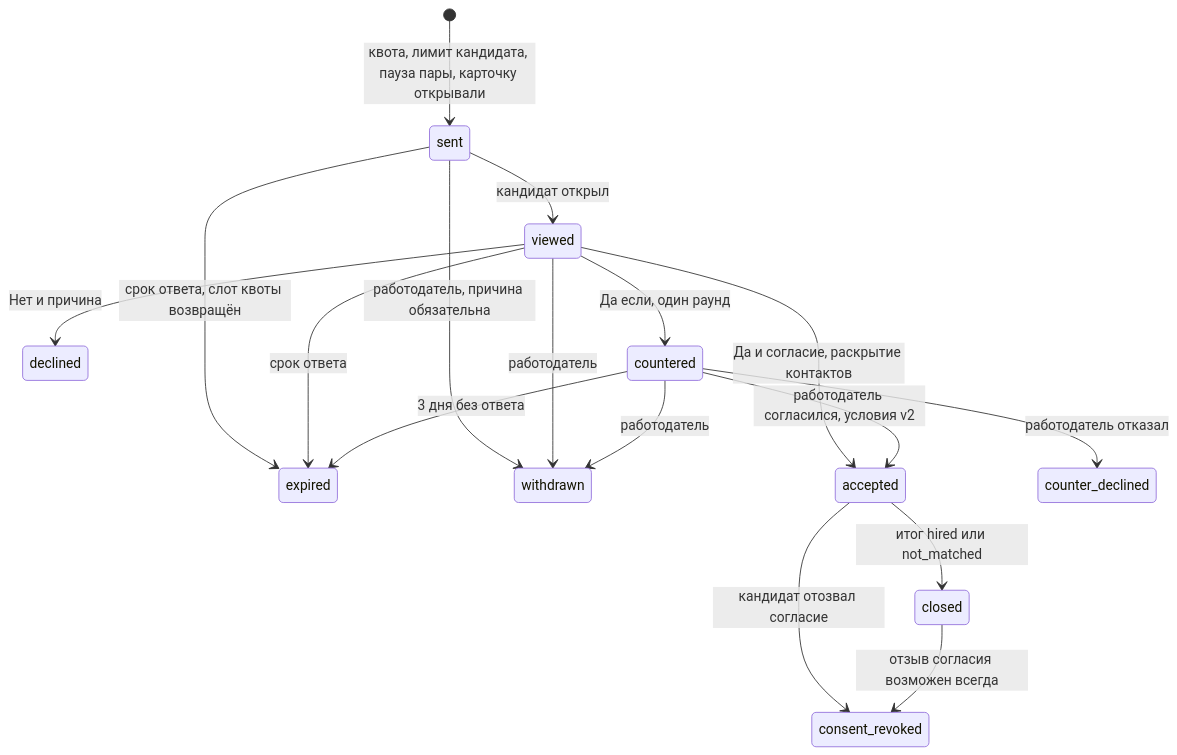
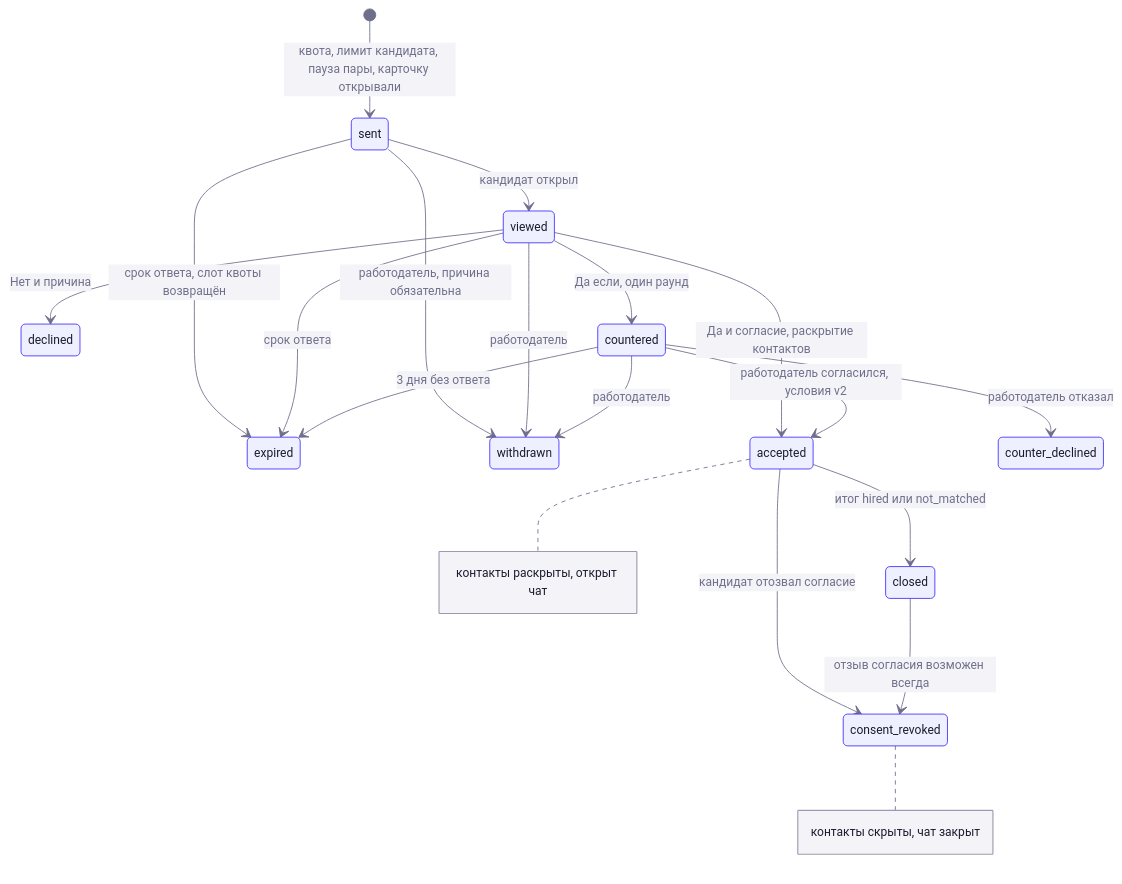
Before and after one commit to lpogosu/lct-msk: diagram 15 of 16 in docs/ARCHITECTURE.md, drawn with Mermaid. The commit also changed other lines of this file and 49 other files, not shown here.

First line of the commit message:
Документация для жюри: карта по обязательному перечню, README-витрина, 26 схем Mermaid в едином стиле, API по OpenAPI (219 эндпоинтов), библиотеки по lock-файлам, сборка PDF (make docs-pdf)

````diff
--- a/docs/ARCHITECTURE.md
+++ b/docs/ARCHITECTURE.md
@@ -671,19 +740,22 @@
 ```mermaid
+%%{init: {'theme':'base','themeVariables':{'primaryColor':'#EEF0FF','primaryBorderColor':'#402FFF','primaryTextColor':'#1B1B2F','lineColor':'#6F6F8C','secondaryColor':'#F4F4F8','tertiaryColor':'#FFFFFF','textColor':'#6F6F8C','edgeLabelBackground':'#F4F4F8','clusterBkg':'#F8F8FC','clusterBorder':'#B8B8D0','noteBkgColor':'#F4F4F8','noteTextColor':'#1B1B2F','noteBorderColor':'#9A9AB0','actorBkg':'#EEF0FF','actorBorder':'#402FFF','actorTextColor':'#1B1B2F','actorLineColor':'#9A9AB0','signalColor':'#6F6F8C','signalTextColor':'#6F6F8C','labelBoxBkgColor':'#EEF0FF','labelBoxBorderColor':'#402FFF','labelTextColor':'#1B1B2F','loopTextColor':'#6F6F8C','activationBkgColor':'#DCDFFF','activationBorderColor':'#402FFF','fontSize':'14px'}}}%%
 stateDiagram-v2
   [*] --> sent: квота, лимит кандидата, пауза пары, карточку открывали
   sent --> viewed: кандидат открыл
   sent --> expired: срок ответа, слот квоты возвращён
   sent --> withdrawn: работодатель, причина обязательна
   viewed --> expired: срок ответа
   viewed --> withdrawn: работодатель
   viewed --> accepted: Да и согласие, раскрытие контактов
   viewed --> declined: Нет и причина
   viewed --> countered: Да если, один раунд
   countered --> accepted: работодатель согласился, условия v2
   countered --> counter_declined: работодатель отказал
   countered --> expired: 3 дня без ответа
   countered --> withdrawn: работодатель
   accepted --> closed: итог hired или not_matched
   accepted --> consent_revoked: кандидат отозвал согласие
   closed --> consent_revoked: отзыв согласия возможен всегда
+  note right of accepted: контакты раскрыты, открыт чат
+  note right of consent_revoked: контакты скрыты, чат закрыт
 ```
````
